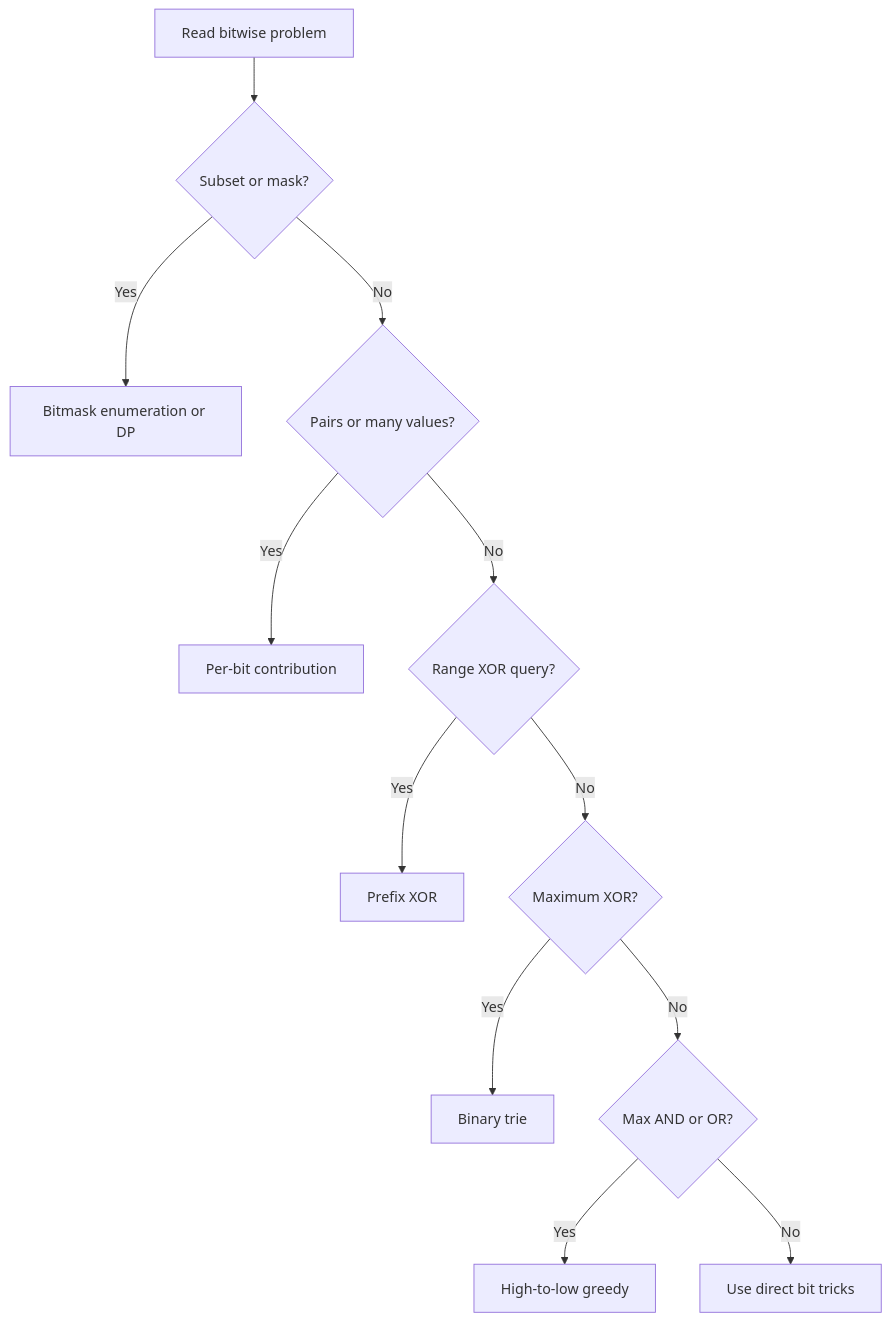
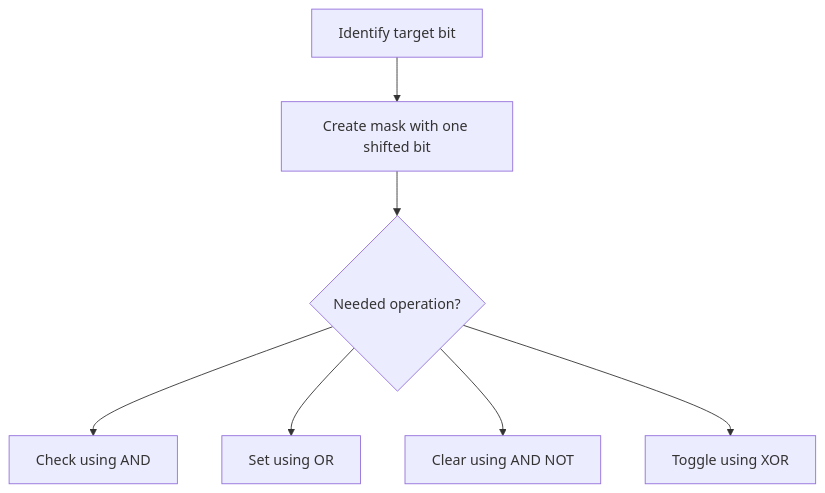
Diagram 11 of 22 in CP_DSA_NOTES/CONCEPT_FRAMEWORK_FORMS_TATICS/bitwise_playbook.md (mthaiseer/springcloud-systemdesign-notes), drawn with Mermaid before and after one commit. The commit also changed other lines of this file, not shown here.

````diff
--- a/CP_DSA_NOTES/CONCEPT_FRAMEWORK_FORMS_TATICS/bitwise_playbook.md
+++ b/CP_DSA_NOTES/CONCEPT_FRAMEWORK_FORMS_TATICS/bitwise_playbook.md
@@ -392,19 +421,9 @@
 ```mermaid
 flowchart TD
-    A["Read bitwise problem"] --> B{"Subset or mask?"}
-    B -->|"Yes"| C["Bitmask enumeration or DP"]
-
-    B -->|"No"| D{"Pairs or many values?"}
-    D -->|"Yes"| E["Per-bit contribution"]
-
-    D -->|"No"| F{"Range XOR query?"}
-    F -->|"Yes"| G["Prefix XOR"]
-
-    F -->|"No"| H{"Maximum XOR?"}
-    H -->|"Yes"| I["Binary trie"]
-
-    H -->|"No"| J{"Max AND or OR?"}
-    J -->|"Yes"| K["High-to-low greedy"]
-
-    J -->|"No"| L["Use direct bit tricks"]
+    A["Identify target bit"] --> B["Create mask with one shifted bit"]
+    B --> C{"Needed operation?"}
+    C --> D["Check using AND"]
+    C --> E["Set using OR"]
+    C --> F["Clear using AND NOT"]
+    C --> G["Toggle using XOR"]
 ```
````
